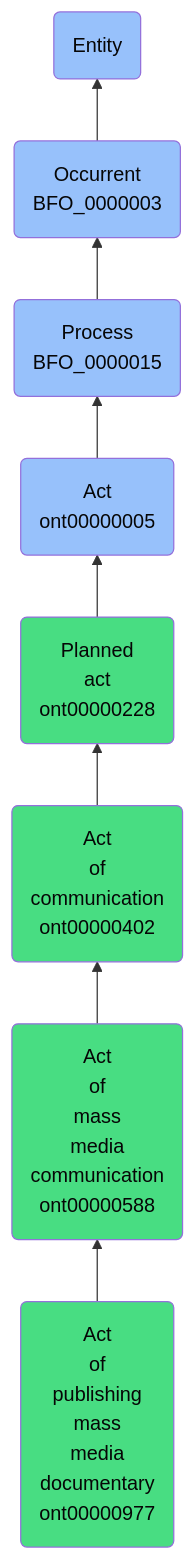
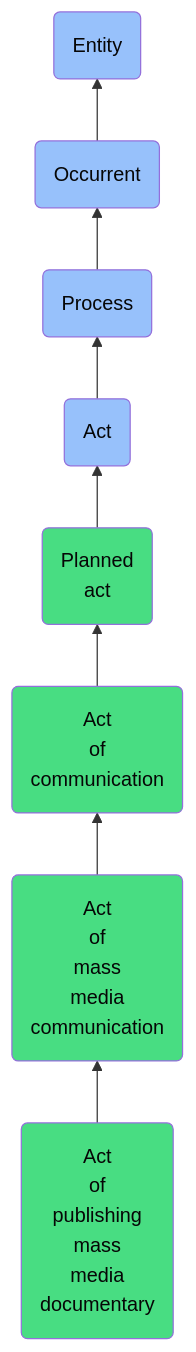
The diagram in docs/ontology/reference/model/Entity/Occurrent/Process/Act/Planned act/Act of communication/Act of mass media communication/Act of publishing mass media documentary/Act of publishing mass media documentary.md (jupyter-naas/abi), drawn with Mermaid before and after one commit. The commit also changed other lines of this file and 1430 other files, not shown here.

````diff
--- a/docs/ontology/reference/model/Entity/Occurrent/Process/Act/Planned act/Act of communication/Act of mass media communication/Act of publishing mass media documentary/Act of publishing mass media documentary.md
+++ b/docs/ontology/reference/model/Entity/Occurrent/Process/Act/Planned act/Act of communication/Act of mass media communication/Act of publishing mass media documentary/Act of publishing mass media documentary.md
@@ -24,15 +24,15 @@
 ```mermaid
 graph BT
-    ont00000977(Act<br>of<br>publishing<br>mass<br>media<br>documentary<br>ont00000977):::ABI-->ont00000588
-    ont00000588(Act<br>of<br>mass<br>media<br>communication<br>ont00000588):::ABI-->ont00000402
-    ont00000402(Act<br>of<br>communication<br>ont00000402):::ABI-->ont00000228
-    ont00000228(Planned<br>act<br>ont00000228):::ABI-->ont00000005
-    ont00000005(Act<br>ont00000005):::BFO-->BFO_0000015
-    BFO_0000015(Process<br>BFO_0000015):::BFO-->BFO_0000003
-    BFO_0000003(Occurrent<br>BFO_0000003):::BFO-->BFO_0000001
+    ont00000977(Act<br>of<br>publishing<br>mass<br>media<br>documentary):::ABI-->ont00000588
+    ont00000588(Act<br>of<br>mass<br>media<br>communication):::ABI-->ont00000402
+    ont00000402(Act<br>of<br>communication):::ABI-->ont00000228
+    ont00000228(Planned<br>act):::ABI-->ont00000005
+    ont00000005(Act):::BFO-->BFO_0000015
+    BFO_0000015(Process):::BFO-->BFO_0000003
+    BFO_0000003(Occurrent):::BFO-->BFO_0000001
     BFO_0000001(Entity):::BFO
     
     classDef BFO fill:#97c1fb,color:#060606
     classDef CCO fill:#e4c51e,color:#060606
     classDef ABI fill:#48DD82,color:#060606
 ```
````
